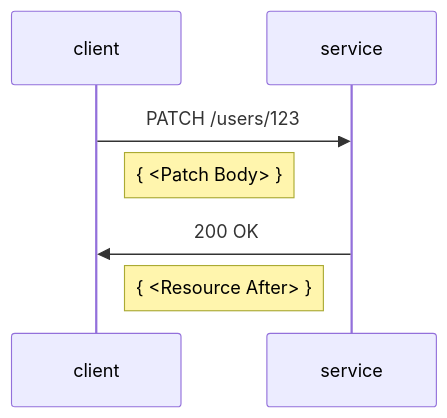
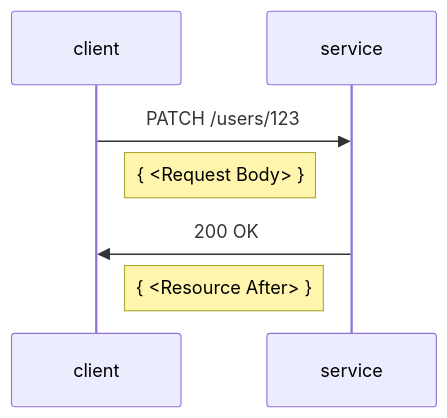
One commit to annelo-msft/gists changed the diagram in patch-models/samples.md. Above: the diagram before and after it, drawn with Mermaid. The commit also changed other lines of this file, not shown here.

````diff
--- a/patch-models/samples.md
+++ b/patch-models/samples.md
@@ -73,7 +73,7 @@
 ```mermaid
 sequenceDiagram
     client->>service: PATCH /users/123
-    Note right of client: { <Patch Body> }
+    Note right of client: { <Request Body> }
     service->>client: 200 OK
     Note left of service: { <Resource After> }
 ```
````
